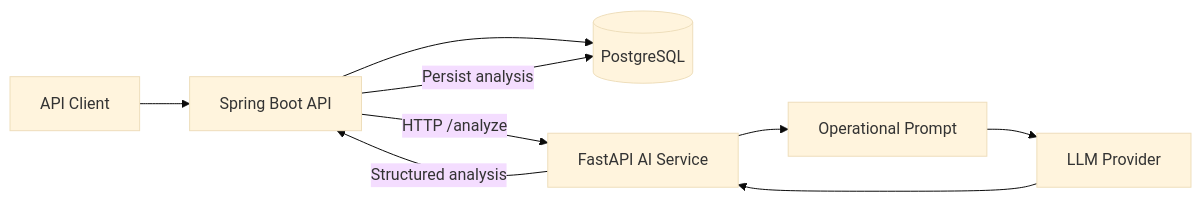
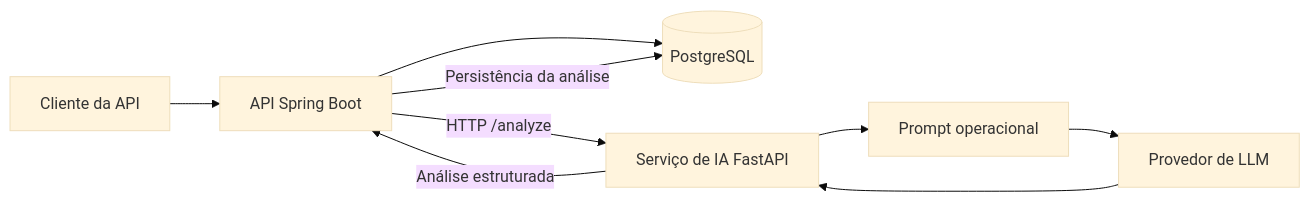
One commit to 8rick/deskmind-ai changed the diagram in README.md. Above: the diagram before and after it, drawn with Mermaid (base theme). The commit also changed other lines of this file, not shown here.

````diff
--- a/README.md
+++ b/README.md
@@ -41,11 +41,11 @@
 ```mermaid
 flowchart LR
-    Client[API Client] --> API[Spring Boot API]
+    Client[Cliente da API] --> API[API Spring Boot]
     API --> DB[(PostgreSQL)]
-    API -->|HTTP /analyze| AI[FastAPI AI Service]
-    AI --> Prompt[Operational Prompt]
-    Prompt --> LLM[LLM Provider]
+    API -->|HTTP /analyze| AI[Serviço de IA FastAPI]
+    AI --> Prompt[Prompt operacional]
+    Prompt --> LLM[Provedor de LLM]
     LLM --> AI
-    AI -->|Structured analysis| API
-    API -->|Persist analysis| DB
+    AI -->|Análise estruturada| API
+    API -->|Persistência da análise| DB
 ```
````
